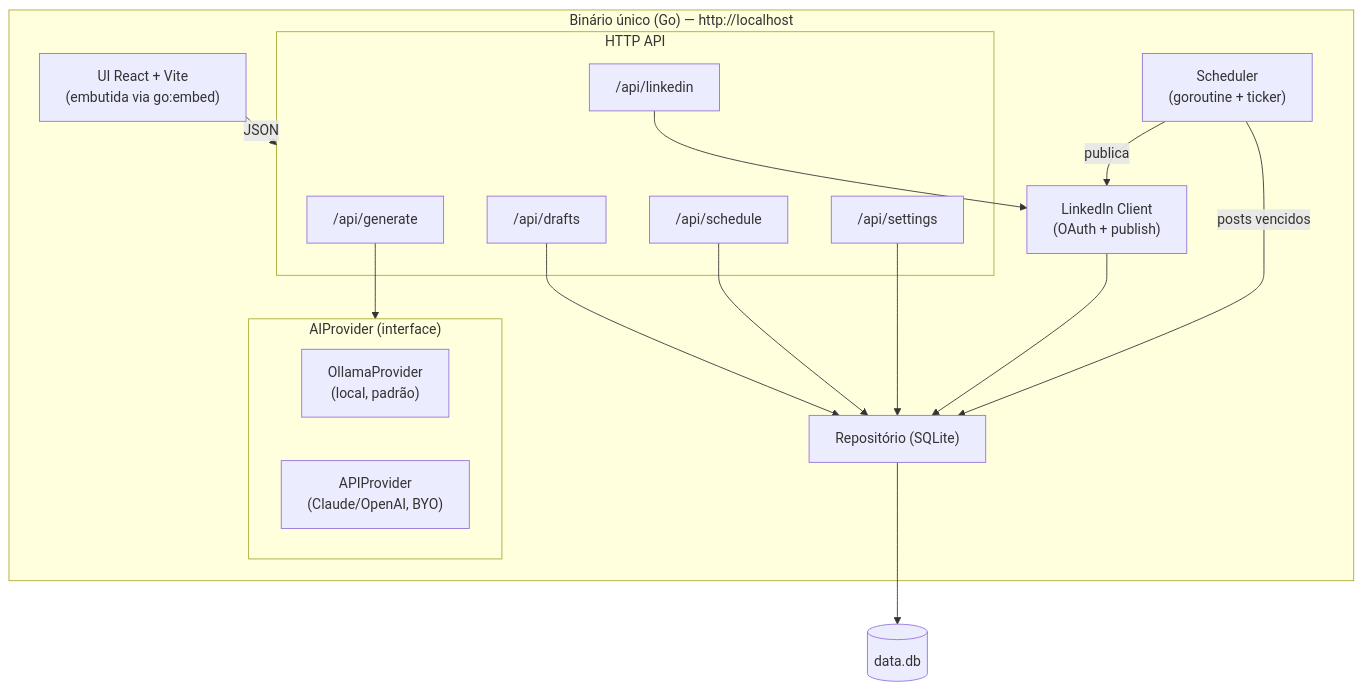
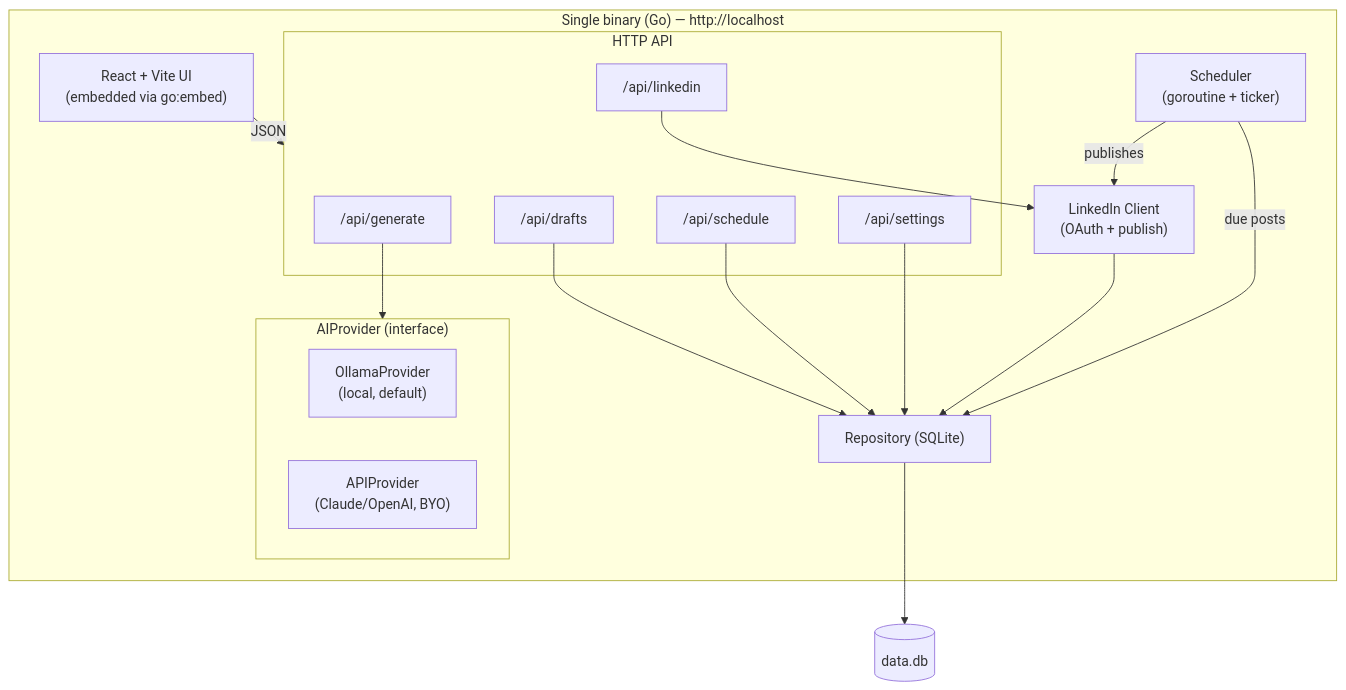
The second of 6 diagrams in docs/architecture-plan.md (Vitor-andrade/linkedin-post-executor), drawn with Mermaid before and after one commit. The commit also changed other lines of this file and 25 other files, not shown here.

````diff
--- a/docs/architecture-plan.md
+++ b/docs/architecture-plan.md
@@ -72,32 +72,32 @@
 ```mermaid
 graph TD
-    subgraph binary["Binário único (Go) — http://localhost"]
-        ui["UI React + Vite<br/>(embutida via go:embed)"]
+    subgraph binary["Single binary (Go) — http://localhost"]
+        ui["React + Vite UI<br/>(embedded via go:embed)"]
         subgraph api["HTTP API"]
             gen["/api/generate"]
             drafts["/api/drafts"]
             sched["/api/schedule"]
             li["/api/linkedin"]
             settings["/api/settings"]
         end
         scheduler["Scheduler<br/>(goroutine + ticker)"]
         subgraph ai["AIProvider (interface)"]
-            ollama["OllamaProvider<br/>(local, padrão)"]
+            ollama["OllamaProvider<br/>(local, default)"]
             apiprov["APIProvider<br/>(Claude/OpenAI, BYO)"]
         end
         liclient["LinkedIn Client<br/>(OAuth + publish)"]
-        repo["Repositório (SQLite)"]
+        repo["Repository (SQLite)"]
     end
     dbfile[("data.db")]
 
     ui -->|JSON| api
     gen --> ai
     drafts --> repo
     sched --> repo
     settings --> repo
     li --> liclient
     liclient --> repo
-    scheduler -->|"posts vencidos"| repo
-    scheduler -->|publica| liclient
+    scheduler -->|"due posts"| repo
+    scheduler -->|publishes| liclient
     repo --> dbfile
 ```
````
